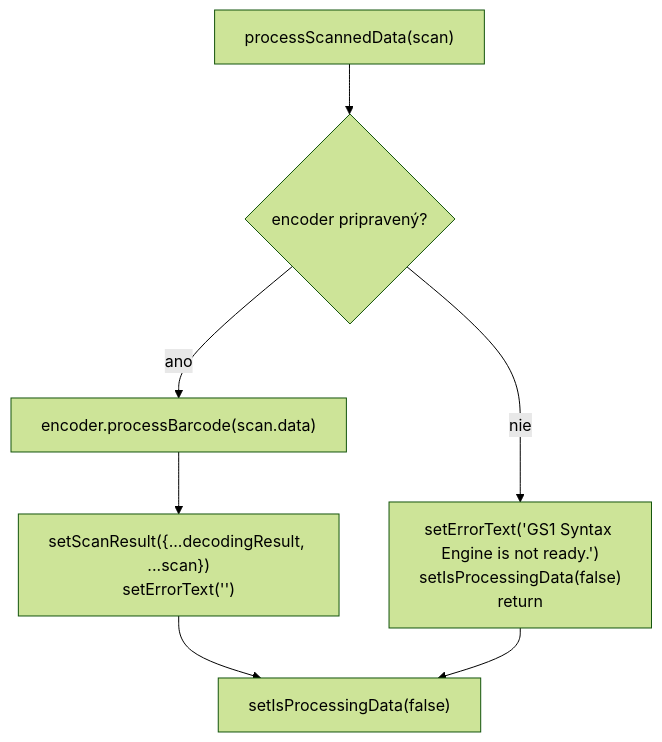
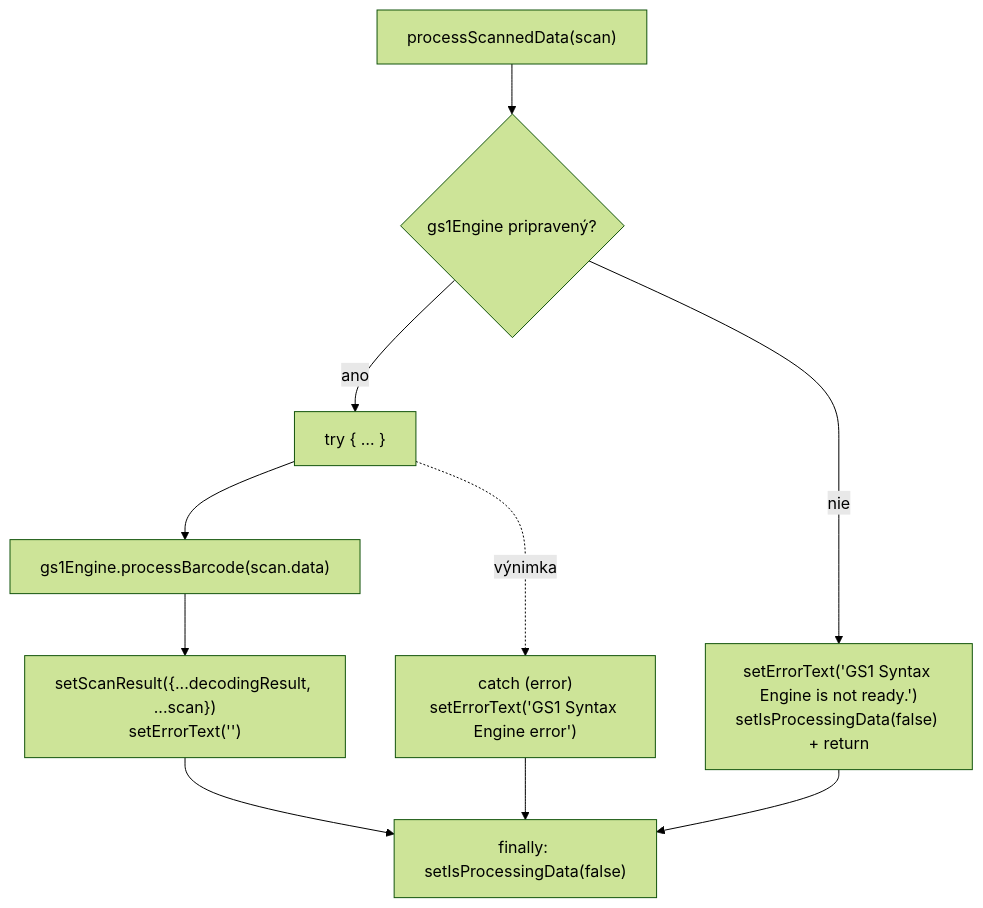
Before and after one commit to GS1SlovakiaOrg/expo-gs1-s-e-example: the second of 8 diagrams in docs/03-datovy-tok-a-zivotny-cyklus.md, drawn with Mermaid (forest theme). The commit also changed other lines of this file and 7 other files, not shown here.

````diff
--- a/docs/03-datovy-tok-a-zivotny-cyklus.md
+++ b/docs/03-datovy-tok-a-zivotny-cyklus.md
@@ -113,9 +113,12 @@
 ```mermaid
 flowchart TD
-    A["processScannedData(scan)"] --> B{encoder pripravený?}
-    B -- nie --> C["setErrorText('GS1 Syntax Engine is not ready.')<br/>setIsProcessingData(false)<br/>return"]
-    B -- ano --> D["encoder.processBarcode(scan.data)"]
+    A["processScannedData(scan)"] --> B{gs1Engine pripravený?}
+    B -- nie --> C["setErrorText('GS1 Syntax Engine is not ready.')<br/>setIsProcessingData(false) + return"]
+    B -- ano --> T["try { … }"]
+    T --> D["gs1Engine.processBarcode(scan.data)"]
     D --> E["setScanResult({...decodingResult, ...scan})<br/>setErrorText('')"]
-    E --> F["setIsProcessingData(false)"]
+    T -.->|výnimka| X["catch (error)<br/>setErrorText('GS1 Syntax Engine error')"]
+    E --> F["finally: setIsProcessingData(false)"]
+    X --> F
     C --> F
 ```
````
